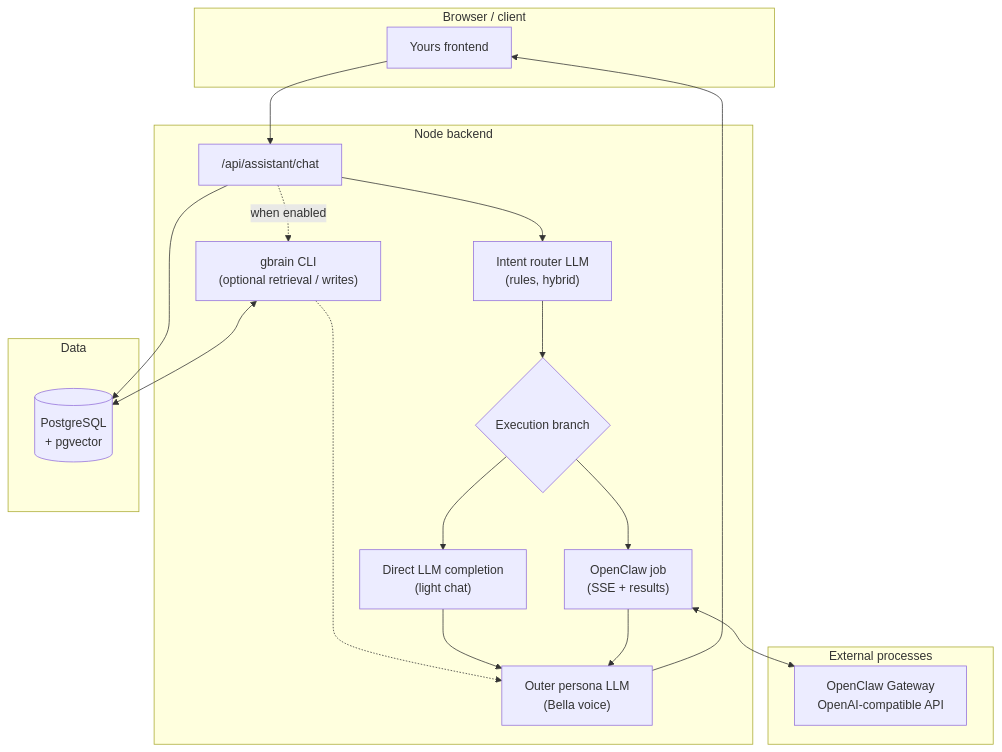
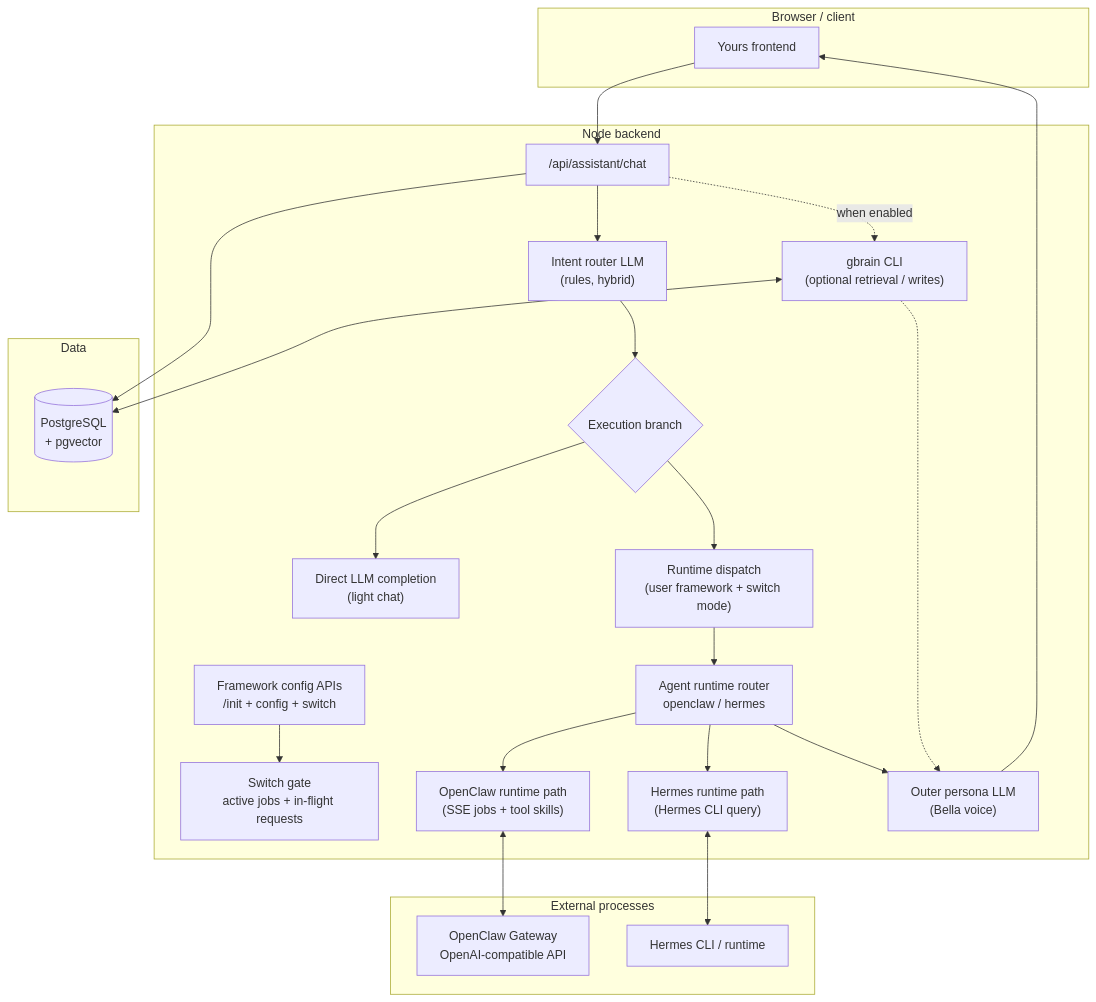
Before and after one commit to JCat007/Yours-A-more-thoughtful-AI-companion: the diagram in README.md, drawn with Mermaid. The commit also changed other lines of this file and 51 other files, not shown here.

Commit message:
feat: add agent framework v1 and related backend frontend updates

````diff
--- a/README.md
+++ b/README.md
@@ -41,38 +193,48 @@
 ```mermaid
 flowchart TB
   subgraph client["Browser / client"]
     UI[Yours frontend]
   end
 
   subgraph backend["Node backend"]
     API["/api/assistant/chat"]
+    FwCfg["Framework config APIs\n/init + config + switch"]
+    SwitchGate["Switch gate\nactive jobs + in-flight requests"]
+    Router["Agent runtime router\nopenclaw / hermes"]
     Intent["Intent router LLM\n(rules, hybrid)"]
     Exec{"Execution branch"}
     Sync["Direct LLM completion\n(light chat)"]
-    OCJob["OpenClaw job\n(SSE + results)"]
+    Rt["Runtime dispatch\n(user framework + switch mode)"]
+    OCJob["OpenClaw runtime path\n(SSE jobs + tool skills)"]
+    HermesRun["Hermes runtime path\n(Hermes CLI query)"]
     Mem["gbrain CLI\n(optional retrieval / writes)"]
     Outer["Outer persona LLM\n(Bella voice)"]
     API --> Intent
+    FwCfg --> SwitchGate
     Intent --> Exec
     Exec --> Sync
-    Exec --> OCJob
+    Exec --> Rt
+    Rt --> Router
+    Router --> OCJob
+    Router --> HermesRun
+    Router --> Outer
     API -.->|when enabled| Mem
     Mem -.-> Outer
-    Sync --> Outer
-    OCJob --> Outer
     Outer --> UI
   end
 
   subgraph data["Data"]
     PG[(PostgreSQL\n+ pgvector)]
   end
 
   subgraph external["External processes"]
     GW[OpenClaw Gateway\nOpenAI-compatible API]
+    HC[Hermes CLI / runtime]
   end
 
   UI --> API
   OCJob <--> GW
+  HermesRun <--> HC
   API --> PG
   Mem <--> PG
 ```
````
